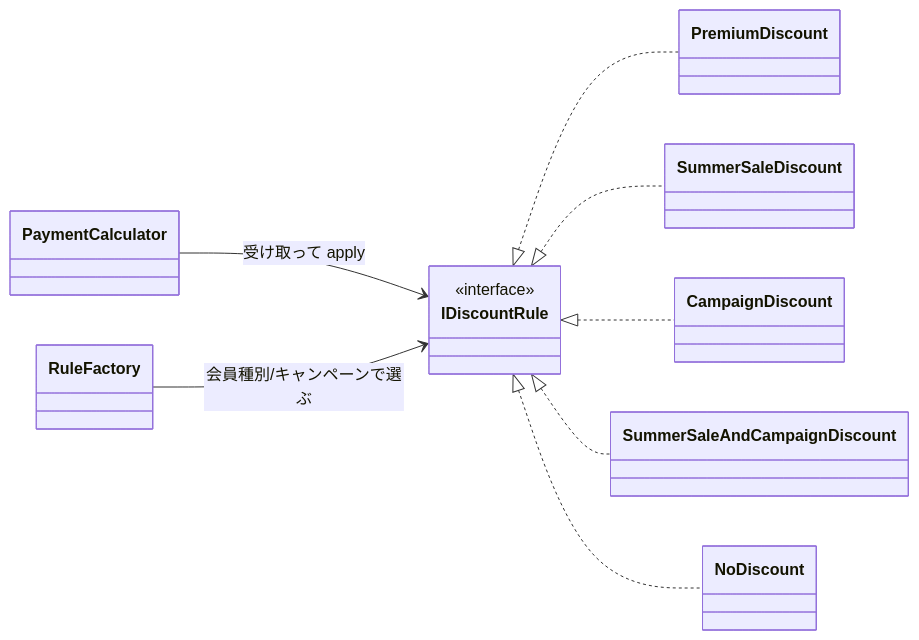
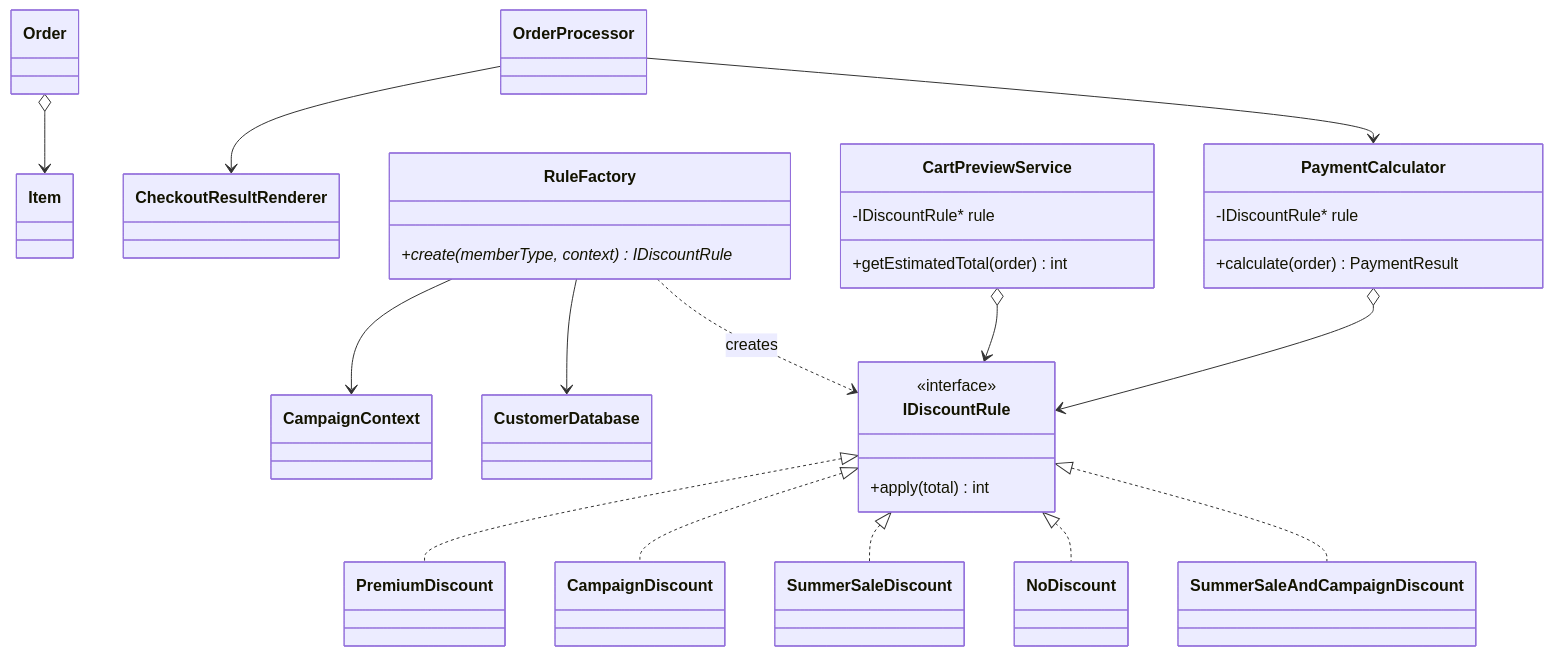
The sixth of 11 diagrams in kindle/design-patterns/output/chapter01.md (kumachan1101-pixel/DesignPattern), drawn with Mermaid before and after one commit. The commit also changed other lines of this file and 19 other files, not shown here.

````diff
--- a/kindle/design-patterns/output/chapter01.md
+++ b/kindle/design-patterns/output/chapter01.md
@@ -1592,12 +1451,42 @@
 ```mermaid
 classDiagram
-    direction LR
-    class IDiscountRule { <<interface>> }
-    PaymentCalculator --> IDiscountRule : 受け取って apply
-    RuleFactory --> IDiscountRule : 会員種別/キャンペーンで選ぶ
+    class Item
+    class Order
+    class CampaignContext
+    class CustomerDatabase
+    class CheckoutResultRenderer
+    class OrderProcessor
+    class NoDiscount
+    class SummerSaleAndCampaignDiscount
+    class PaymentCalculator {
+        -IDiscountRule* rule
+        +calculate(order) PaymentResult
+    }
+    class CartPreviewService {
+        -IDiscountRule* rule
+        +getEstimatedTotal(order) int
+    }
+    class IDiscountRule {
+        <<interface>>
+        +apply(total) int
+    }
+    class PremiumDiscount
+    class CampaignDiscount
+    class SummerSaleDiscount
+    class RuleFactory {
+        +create(memberType, context) IDiscountRule*
+    }
+    PaymentCalculator o--> IDiscountRule
+    CartPreviewService o--> IDiscountRule
     IDiscountRule <|.. PremiumDiscount
+    IDiscountRule <|.. CampaignDiscount
     IDiscountRule <|.. SummerSaleDiscount
-    IDiscountRule <|.. CampaignDiscount
+    IDiscountRule <|.. NoDiscount
     IDiscountRule <|.. SummerSaleAndCampaignDiscount
-    IDiscountRule <|.. NoDiscount
+    Order o--> Item
+    OrderProcessor --> PaymentCalculator
+    OrderProcessor --> CheckoutResultRenderer
+    RuleFactory --> CampaignContext
+    RuleFactory --> CustomerDatabase
+    RuleFactory ..> IDiscountRule : creates
 ```
````
